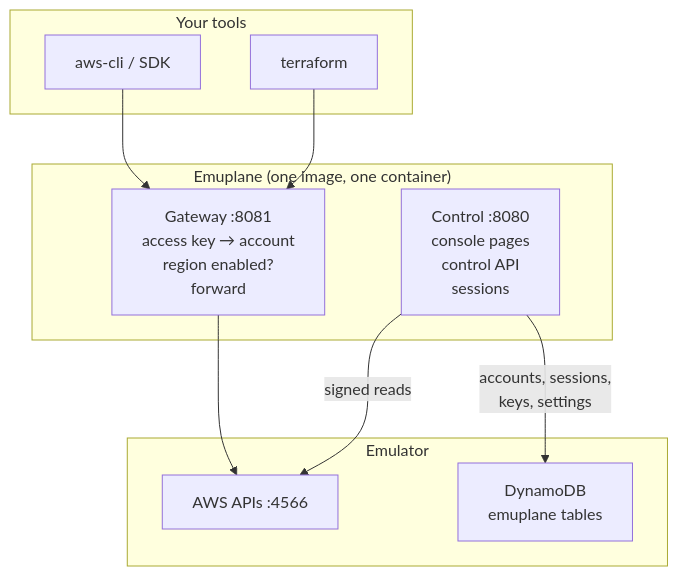
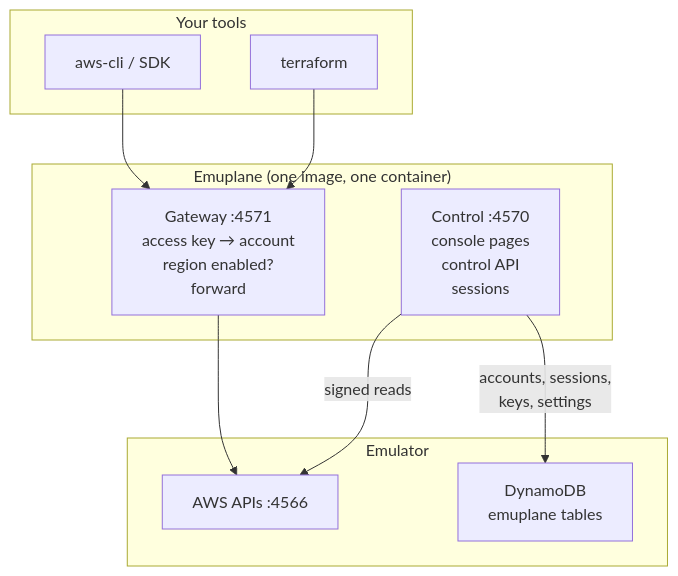
Before and after one commit to mathewmusango/emuplane: the first of 2 diagrams in site/docs/concepts/architecture.md, drawn with Mermaid. The commit also changed 11 other files, not shown here.

````diff
--- a/site/docs/concepts/architecture.md
+++ b/site/docs/concepts/architecture.md
@@ -10,23 +10,23 @@
 ```mermaid
 flowchart TB
   subgraph tools["Your tools"]
     awscli["aws-cli / SDK"]
     tf["terraform"]
   end
 
   subgraph ep["Emuplane (one image, one container)"]
-    gw["Gateway :8081<br/>access key → account<br/>region enabled?<br/>forward"]
-    ctl["Control :8080<br/>console pages<br/>control API<br/>sessions"]
+    gw["Gateway :4571<br/>access key → account<br/>region enabled?<br/>forward"]
+    ctl["Control :4570<br/>console pages<br/>control API<br/>sessions"]
   end
 
   subgraph backend["Emulator"]
     emu["AWS APIs :4566"]
     ddb["DynamoDB<br/>emuplane tables"]
   end
 
   awscli --> gw
   tf --> gw
   gw --> emu
   ctl -->|signed reads| emu
   ctl -->|accounts, sessions,<br/>keys, settings| ddb
 ```
````
